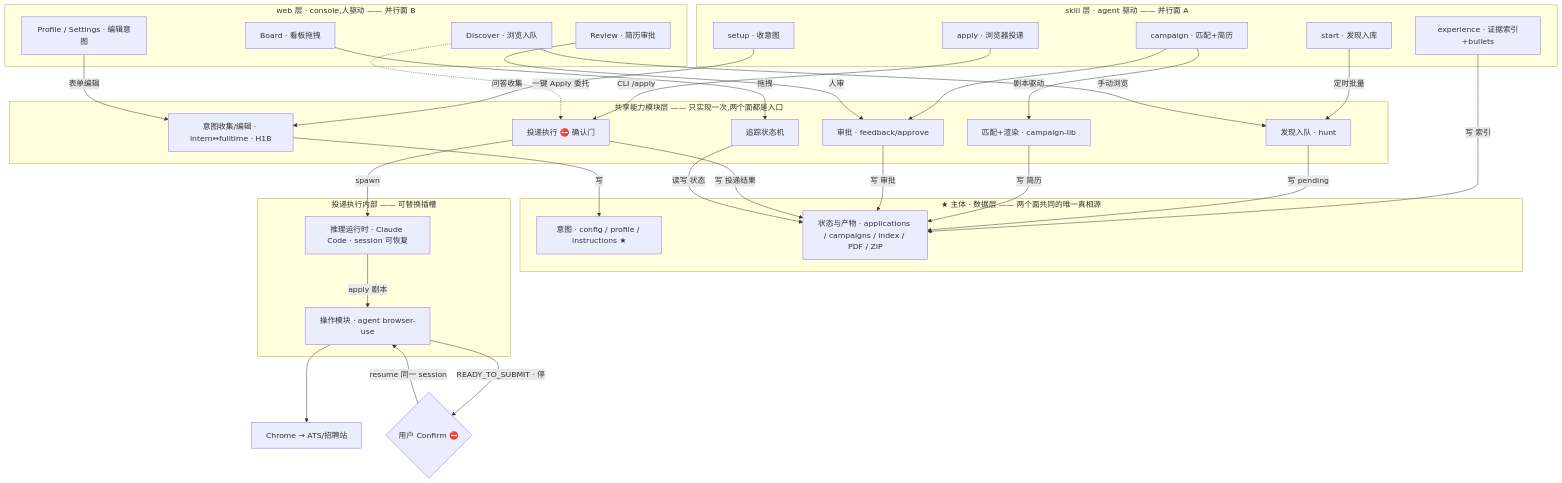
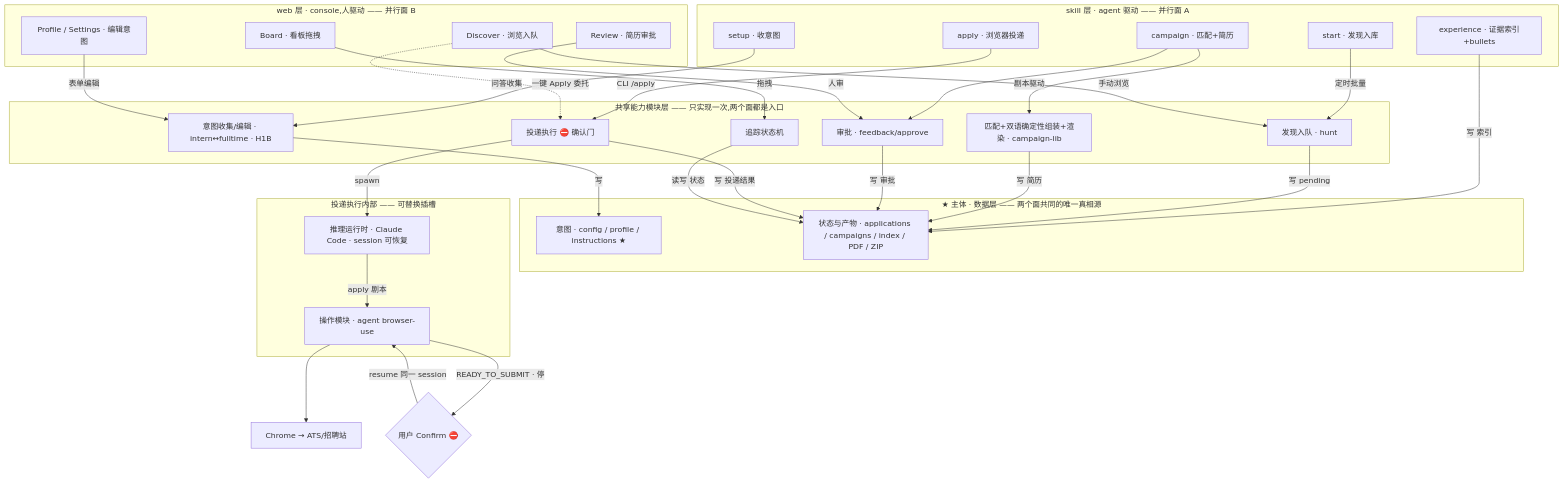
One commit to Sma1lboy/coforce-apply changed the first of 4 diagrams in docs/ARCHITECTURE.md. Above: the diagram before and after it, drawn with Mermaid. The commit also changed other lines of this file and 10 other files, not shown here.

````diff
--- a/docs/ARCHITECTURE.md
+++ b/docs/ARCHITECTURE.md
@@ -31,62 +31,62 @@
 ```mermaid
 flowchart TB
   subgraph SK[skill 层 · agent 驱动 —— 并行面 A]
     SETUP[setup · 收意图]
     EXP[experience · 证据索引+bullets]
     START[start · 发现入库]
     CAMP[campaign · 匹配+简历]
     APPLY[apply · 浏览器投递]
   end
 
   subgraph WEB[web 层 · console,人驱动 —— 并行面 B]
     DISC[Discover · 浏览入队]
     BOARD[Board · 看板拖拽]
     REV[Review · 简历审批]
     PSET[Profile / Settings · 编辑意图]
   end
 
   subgraph CAP[共享能力模块层 —— 只实现一次,两个面都是入口]
     C1[意图收集/编辑 · intern↔fulltime · H1B]
     C3[发现入队 · hunt]
-    C4[匹配+渲染 · campaign-lib]
+    C4[匹配+双语确定性组装+渲染 · campaign-lib]
     C5[审批 · feedback/approve]
     C6[投递执行 ⛔ 确认门]
     C7[追踪状态机]
   end
 
   subgraph CORE[★ 主体 · 数据层 —— 两个面共同的唯一真相源]
     INTENT[意图 · config / profile / instructions ★]
     STATE[状态与产物 · applications / campaigns / index / PDF / ZIP]
   end
 
   SETUP -->|问答收集| C1
   PSET -->|表单编辑| C1
   START -->|定时批量| C3
   DISC -->|手动浏览| C3
   CAMP -->|剧本驱动| C4
   CAMP --> C5
   REV -->|人审| C5
   APPLY -->|CLI /apply| C6
   DISC -.->|一键 Apply 委托| C6
   BOARD -->|拖拽| C7
   EXP -->|写 索引| STATE
   subgraph EXEC[投递执行内部 —— 可替换插槽]
     RT[推理运行时 · Claude Code · session 可恢复]
     OP[操作模块 · agent browser-use]
   end
   CHATS[Chrome → ATS/招聘站]
   GATE{用户 Confirm ⛔}
 
   C6 -->|spawn| RT
   RT -->|apply 剧本| OP
   OP --> CHATS
   OP -->|READY_TO_SUBMIT · 停| GATE
   GATE -->|resume 同一 session| OP
 
   C1 -->|写| INTENT
   C3 -->|写 pending| STATE
   C4 -->|写 简历| STATE
   C5 -->|写 审批| STATE
   C6 -->|写 投递结果| STATE
   C7 -->|读写 状态| STATE
 ```
````
